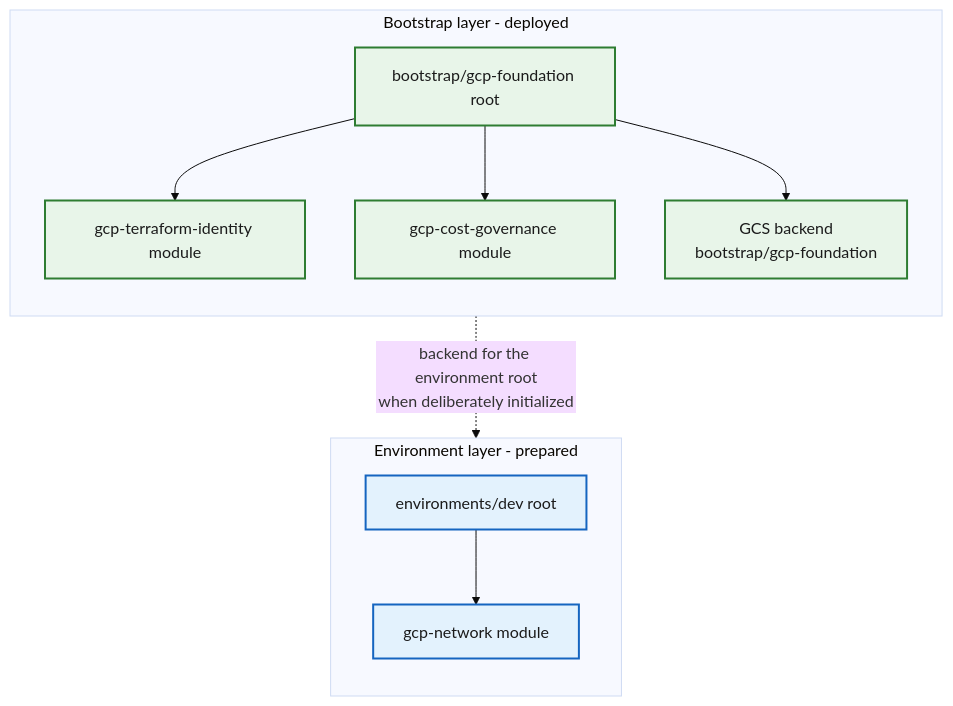
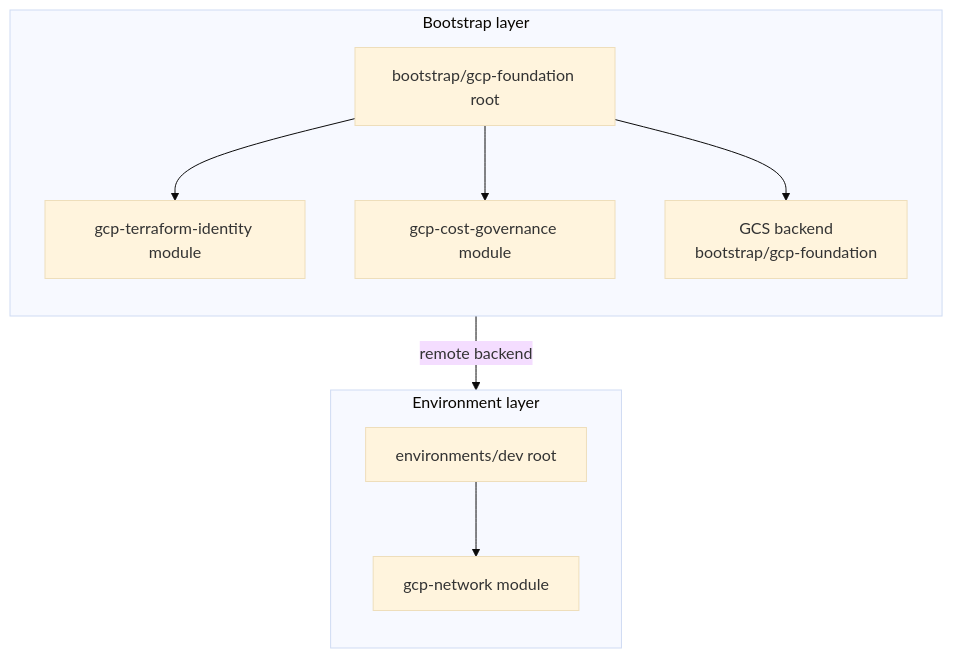
Before and after one commit to sindredg/hybrid-cloud-infra-and-identities: the second of 2 diagrams in docs/architecture/gcp.md, drawn with Mermaid (base theme). The commit also changed other lines of this file and 2 other files, not shown here.

Commit message:
Improved architecture diagrams

````diff
--- a/docs/architecture/gcp.md
+++ b/docs/architecture/gcp.md
@@ -121,27 +118,23 @@
 ```mermaid
 flowchart TB
-    subgraph BootstrapLayer["Bootstrap layer - deployed"]
+    subgraph BootstrapLayer["Bootstrap layer"]
         direction TB
         Bootstrap["bootstrap/gcp-foundation root"]
         Identity["gcp-terraform-identity module"]
         Cost["gcp-cost-governance module"]
         State["GCS backend<br/>bootstrap/gcp-foundation"]
         Bootstrap --> Identity
         Bootstrap --> Cost
         Bootstrap --> State
     end
 
-    subgraph EnvironmentLayer["Environment layer - prepared"]
+    subgraph EnvironmentLayer["Environment layer"]
         direction TB
         Dev["environments/dev root"]
         Network["gcp-network module"]
         Dev --> Network
     end
 
-    State -. "backend for the environment root<br/>when deliberately initialized" .-> Dev
+    State -->|"remote backend"| Dev
 
-    classDef deployed fill:#e8f5e9,stroke:#2e7d32,color:#1b1b1b,stroke-width:2px;
-    classDef prepared fill:#e3f2fd,stroke:#1565c0,color:#1b1b1b,stroke-width:2px;
-    class Bootstrap,Identity,Cost,State deployed;
-    class Dev,Network prepared;
 ```
````
